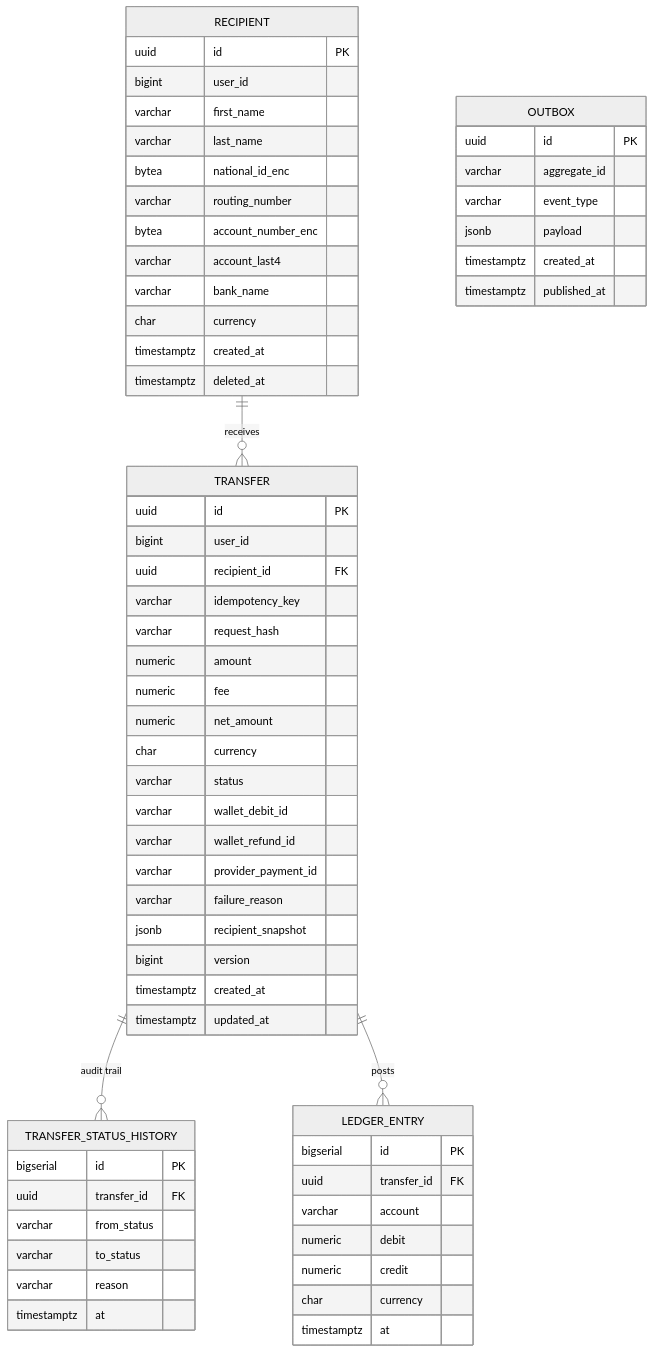
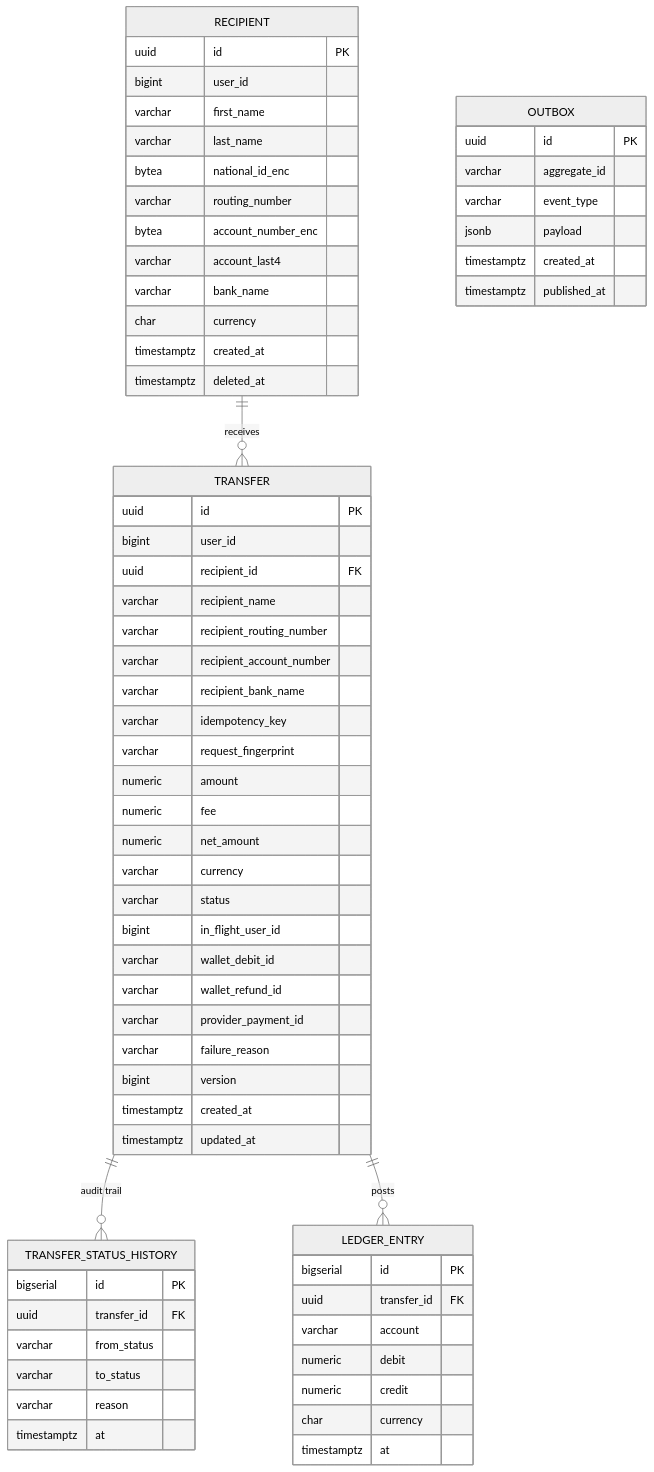
The tenth of 10 diagrams in docs/architecture-design.md (ggonzalez36/ontop-challenge), drawn with Mermaid (neutral theme) before and after one commit. The commit also changed other lines of this file and 63 other files, not shown here.

First line of the commit message:
feat: execute transfer endpoint with hexagonal architecture

````diff
--- a/docs/architecture-design.md
+++ b/docs/architecture-design.md
@@ -375,65 +375,69 @@
 ```mermaid
 erDiagram
     RECIPIENT {
         uuid id PK
         bigint user_id
         varchar first_name
         varchar last_name
         bytea national_id_enc
         varchar routing_number
         bytea account_number_enc
         varchar account_last4
         varchar bank_name
         char currency
         timestamptz created_at
         timestamptz deleted_at
     }
     TRANSFER {
         uuid id PK
         bigint user_id
         uuid recipient_id FK
+        varchar recipient_name
+        varchar recipient_routing_number
+        varchar recipient_account_number
+        varchar recipient_bank_name
         varchar idempotency_key
-        varchar request_hash
+        varchar request_fingerprint
         numeric amount
         numeric fee
         numeric net_amount
-        char currency
+        varchar currency
         varchar status
+        bigint in_flight_user_id
         varchar wallet_debit_id
         varchar wallet_refund_id
         varchar provider_payment_id
         varchar failure_reason
-        jsonb recipient_snapshot
         bigint version
         timestamptz created_at
         timestamptz updated_at
     }
     TRANSFER_STATUS_HISTORY {
         bigserial id PK
         uuid transfer_id FK
         varchar from_status
         varchar to_status
         varchar reason
         timestamptz at
     }
     LEDGER_ENTRY {
         bigserial id PK
         uuid transfer_id FK
         varchar account
         numeric debit
         numeric credit
         char currency
         timestamptz at
     }
     OUTBOX {
         uuid id PK
         varchar aggregate_id
         varchar event_type
         jsonb payload
         timestamptz created_at
         timestamptz published_at
     }
     RECIPIENT ||--o{ TRANSFER : "receives"
     TRANSFER ||--o{ TRANSFER_STATUS_HISTORY : "audit trail"
     TRANSFER ||--o{ LEDGER_ENTRY : "posts"
 ```
````
